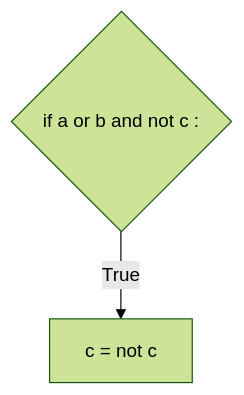
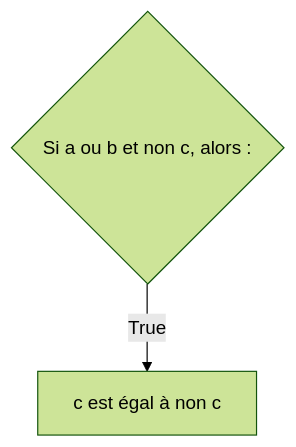
The fifth of 10 diagrams in première/Langages_et_programmation/Constructions_élémentaires/Instructions_conditionnelles.md (boddaert/nsi), drawn with Mermaid (forest theme) before and after one commit. The commit also changed other lines of this file, not shown here.

````diff
--- a/première/Langages_et_programmation/Constructions_élémentaires/Instructions_conditionnelles.md
+++ b/première/Langages_et_programmation/Constructions_élémentaires/Instructions_conditionnelles.md
@@ -115,5 +115,5 @@
 ```mermaid
   graph TB;
-      A{if a or b and not c :};
-      A--True-->B[c = not c];
+      A{Si a ou b et non c, alors :};
+      A--True-->B[c est égal à non c];
 ```
````
